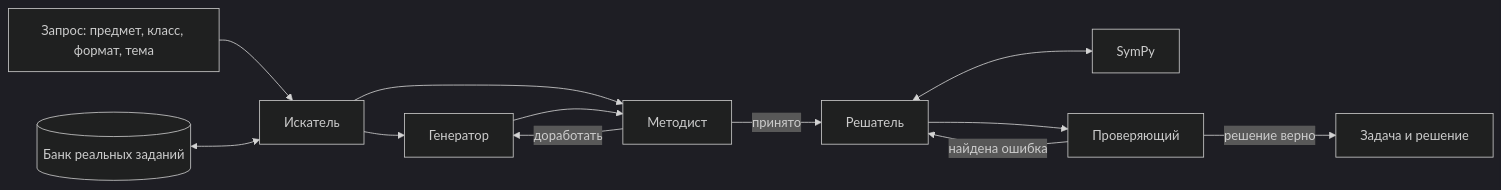
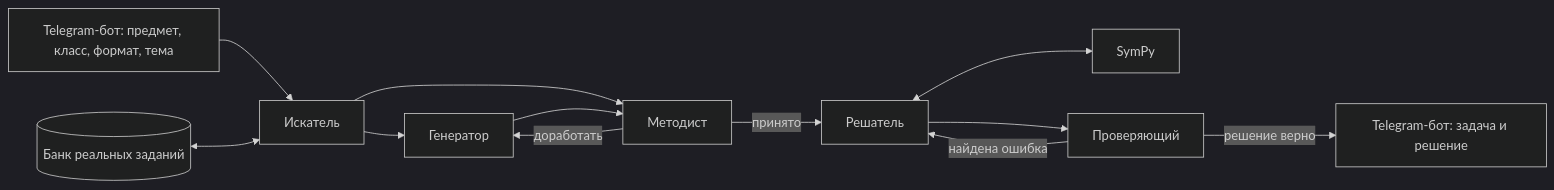
Before and after one commit to Aristarkh27/math_problems_generation: the diagram in README.md, drawn with Mermaid (dark theme). The commit also changed other lines of this file, not shown here.

````diff
--- a/README.md
+++ b/README.md
@@ -50,14 +50,14 @@
 ```mermaid
 flowchart LR
-    U["Запрос: предмет, класс, формат, тема"] --> I["Искатель"]
+    U["Telegram-бот: предмет, класс, формат, тема"] --> I["Искатель"]
     B[("Банк реальных заданий")] <--> I
     I --> G["Генератор"]
     I --> M["Методист"]
     G --> M
     M -- "доработать" --> G
     M -- "принято" --> S["Решатель"]
     S <--> T["SymPy"]
     S --> V["Проверяющий"]
     V -- "найдена ошибка" --> S
-    V -- "решение верно" --> O["Задача и решение"]
+    V -- "решение верно" --> O["Telegram-бот: задача и решение"]
 ```
````
